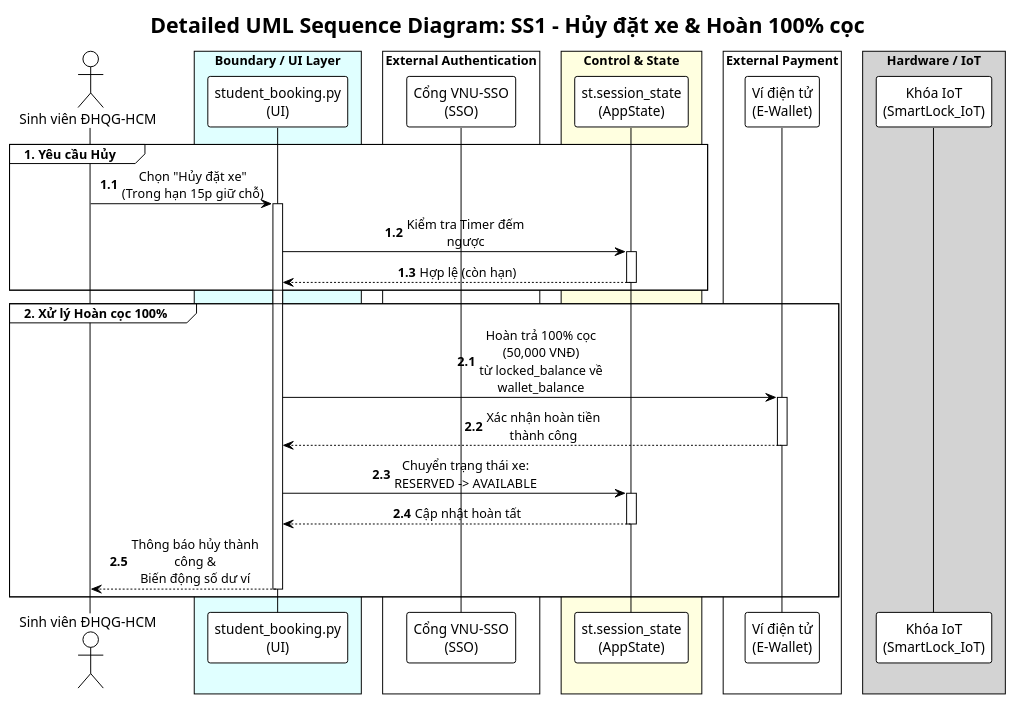
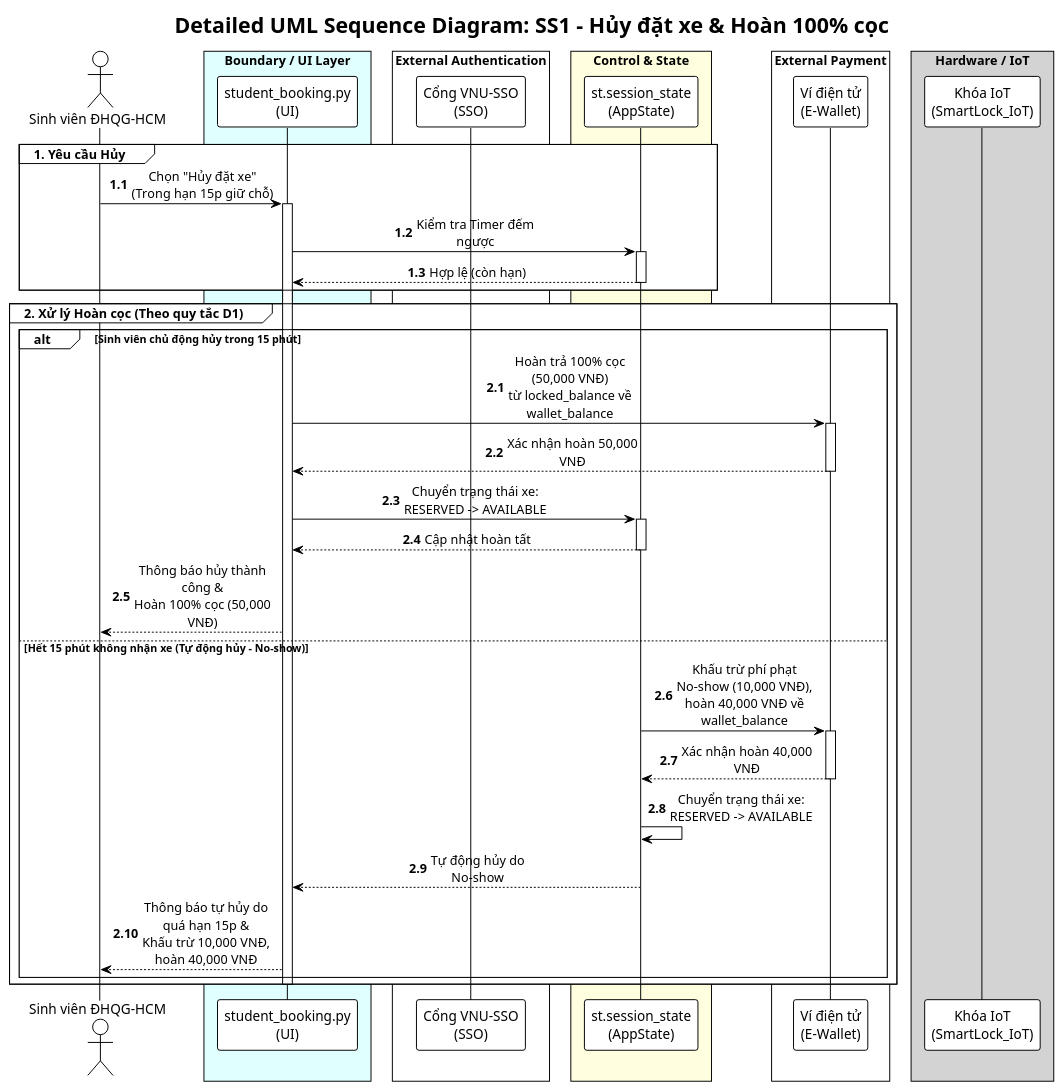
Before and after one commit to Dat-nguyen195/BTL_1_CNPM: the diagram in docs/diagrams/Use-case detail-scenario/SS1/Sequence diagrams/UC_SS1_03_NguyenThanhDat_sequence.puml, drawn with PlantUML. The commit also changed 3 other files, not shown here.

```diff
--- a/docs/diagrams/Use-case detail-scenario/SS1/Sequence diagrams/UC_SS1_03_NguyenThanhDat_sequence.puml
+++ b/docs/diagrams/Use-case detail-scenario/SS1/Sequence diagrams/UC_SS1_03_NguyenThanhDat_sequence.puml
@@ -1,53 +1,64 @@
 @startuml UC_SS1_03_NguyenThanhDat_sequence
 !theme plain
 skinparam sequenceMessageAlign center
 skinparam maxMessageSize 150
 skinparam BoxPadding 10
 
 title "Detailed UML Sequence Diagram: SS1 - Hủy đặt xe & Hoàn 100% cọc"
 
 actor "Sinh viên ĐHQG-HCM" as Student
 box "Boundary / UI Layer" #LightCyan
 participant "student_booking.py\n(UI)" as UI
 end box
 box "External Authentication" #White
 participant "Cổng VNU-SSO\n(SSO)" as SSO
 end box
 box "Control & State" #LightYellow
 participant "st.session_state\n(AppState)" as AppState
 end box
 box "External Payment" #White
 participant "Ví điện tử\n(E-Wallet)" as EWallet
 end box
 box "Hardware / IoT" #LightGray
 participant "Khóa IoT\n(SmartLock_IoT)" as SmartLock
 end box
 
 autonumber 1.1
 group 1. Yêu cầu Hủy
     Student -> UI: Chọn "Hủy đặt xe"\n(Trong hạn 15p giữ chỗ)
     activate UI
     
     UI -> AppState: Kiểm tra Timer đếm ngược
     activate AppState
     AppState --> UI: Hợp lệ (còn hạn)
     deactivate AppState
 end
 
 autonumber 2.1
-group 2. Xử lý Hoàn cọc 100%
-    UI -> EWallet: Hoàn trả 100% cọc (50,000 VNĐ)\ntừ locked_balance về wallet_balance
-    activate EWallet
-    EWallet --> UI: Xác nhận hoàn tiền thành công
-    deactivate EWallet
-    
-    UI -> AppState: Chuyển trạng thái xe:\nRESERVED -> AVAILABLE
-    activate AppState
-    AppState --> UI: Cập nhật hoàn tất
-    deactivate AppState
-    
-    UI --> Student: Thông báo hủy thành công &\nBiến động số dư ví
+group 2. Xử lý Hoàn cọc (Theo quy tắc D1)
+    alt Sinh viên chủ động hủy trong 15 phút
+        UI -> EWallet: Hoàn trả 100% cọc (50,000 VNĐ)\ntừ locked_balance về wallet_balance
+        activate EWallet
+        EWallet --> UI: Xác nhận hoàn 50,000 VNĐ
+        deactivate EWallet
+        
+        UI -> AppState: Chuyển trạng thái xe:\nRESERVED -> AVAILABLE
+        activate AppState
+        AppState --> UI: Cập nhật hoàn tất
+        deactivate AppState
+        
+        UI --> Student: Thông báo hủy thành công &\nHoàn 100% cọc (50,000 VNĐ)
+    else Hết 15 phút không nhận xe (Tự động hủy - No-show)
+        AppState -> EWallet: Khấu trừ phí phạt No-show (10,000 VNĐ),\nhoàn 40,000 VNĐ về wallet_balance
+        activate EWallet
+        EWallet --> AppState: Xác nhận hoàn 40,000 VNĐ
+        deactivate EWallet
+        
+        AppState -> AppState: Chuyển trạng thái xe:\nRESERVED -> AVAILABLE
+        AppState --> UI: Tự động hủy do No-show
+        UI --> Student: Thông báo tự hủy do quá hạn 15p &\nKhấu trừ 10,000 VNĐ, hoàn 40,000 VNĐ
+    end
     deactivate UI
 end
 
 @enduml
```
